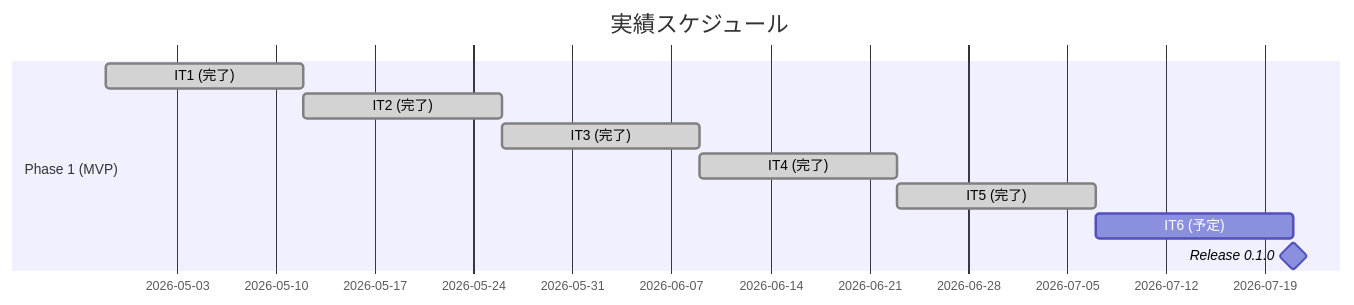
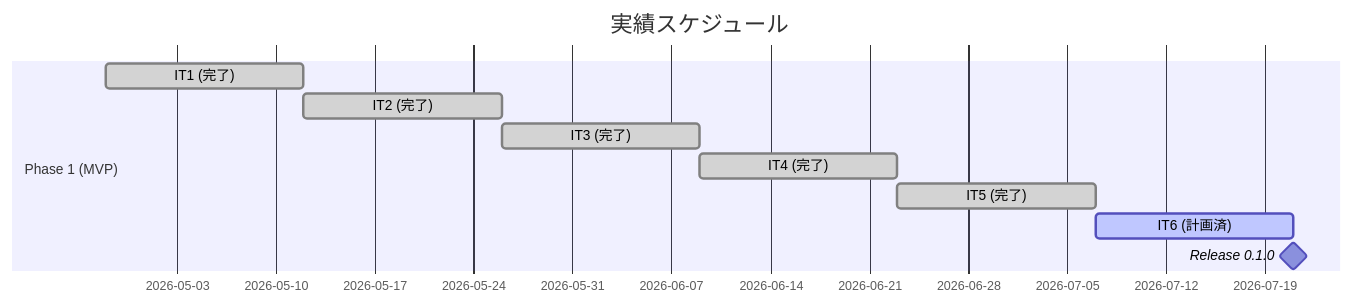
The second of 3 diagrams in docs/development/release_plan.md (k2works/case-study-cargo-tracker), drawn with Mermaid before and after one commit. The commit also changed other lines of this file, not shown here.

````diff
--- a/docs/development/release_plan.md
+++ b/docs/development/release_plan.md
@@ -177,13 +177,13 @@
 ```mermaid
 gantt
     title 実績スケジュール
     dateFormat  YYYY-MM-DD
     section Phase 1 (MVP)
     IT1 (完了)                    :done, a1, 2026-04-28, 14d
     IT2 (完了)                    :done, a2, after a1, 14d
     IT3 (完了)                    :done, a3, after a2, 14d
     IT4 (完了)                    :done, a4, after a3, 14d
     IT5 (完了)                    :done, a5, after a4, 14d
-    IT6 (予定)                    :a6, after a5, 14d
+    IT6 (計画済)                  :active, a6, after a5, 14d
     Release 0.1.0                 :milestone, ma1, after a6, 0d
 ```
````
